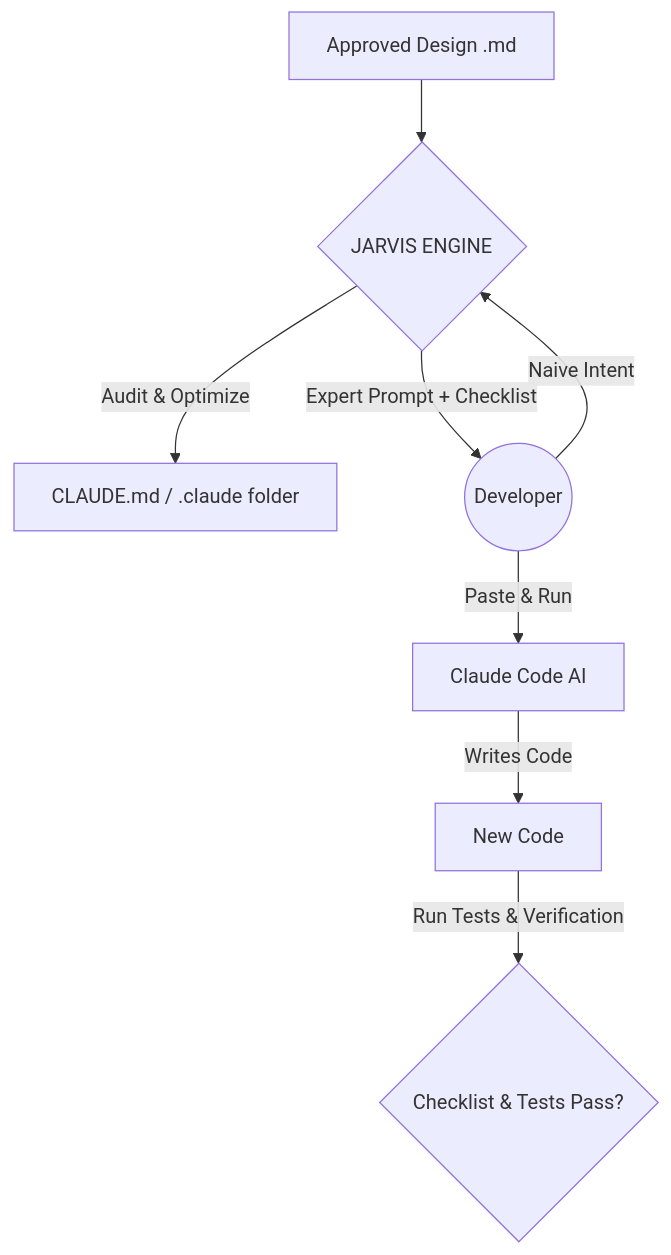
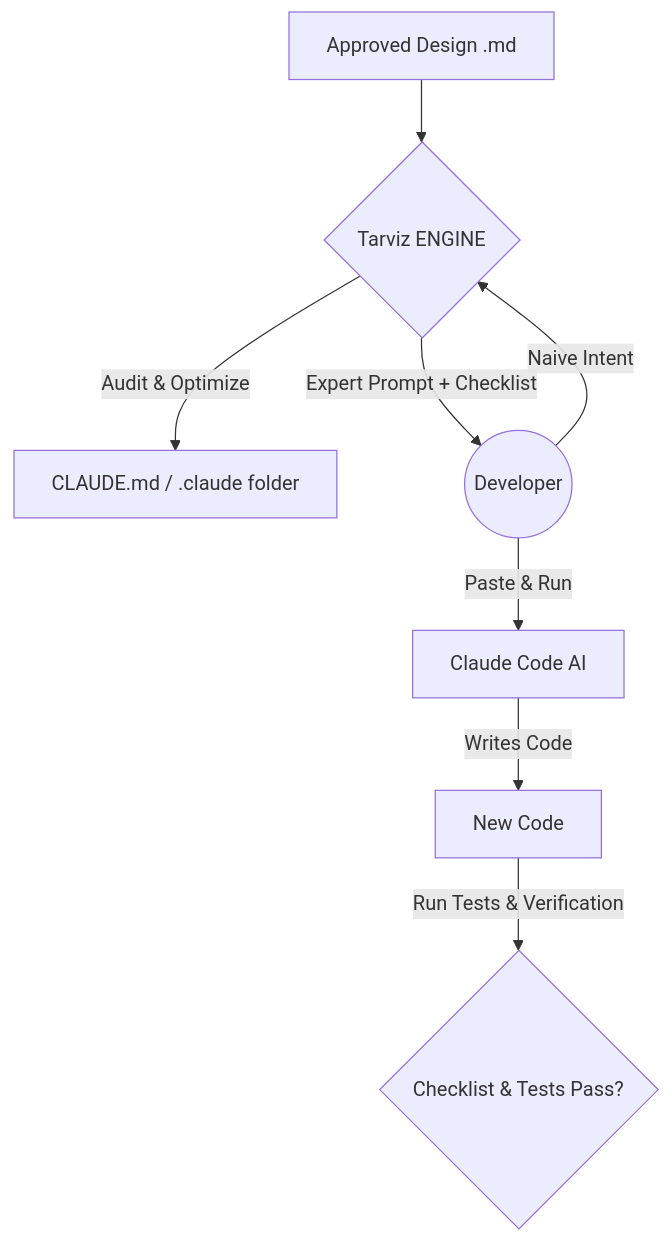
Before and after one commit to Raghavan2583/new-jarvis: the diagram in README.md, drawn with Mermaid. The commit also changed other lines of this file, not shown here.

````diff
--- a/README.md
+++ b/README.md
@@ -29,12 +29,12 @@
 ```mermaid
 graph TD
-    Design[Approved Design .md] --> Jarvis{JARVIS ENGINE}
-    Jarvis -->|Audit & Optimize| Context[CLAUDE.md / .claude folder]
+    Design[Approved Design .md] --> Tarviz{Tarviz ENGINE}
+    Tarviz -->|Audit & Optimize| Context[CLAUDE.md / .claude folder]
     
-    User((Developer)) -->|Naive Intent| Jarvis
-    Jarvis -->|Expert Prompt + Checklist| User
+    User((Developer)) -->|Naive Intent| Tarviz
+    Tarviz -->|Expert Prompt + Checklist| User
     
     User -->|Paste & Run| ClaudeCode[Claude Code AI]
     ClaudeCode -->|Writes Code| Draft[New Code]
     Draft -->|Run Tests & Verification| InternalTest{Checklist & Tests Pass?}
  ```
````
